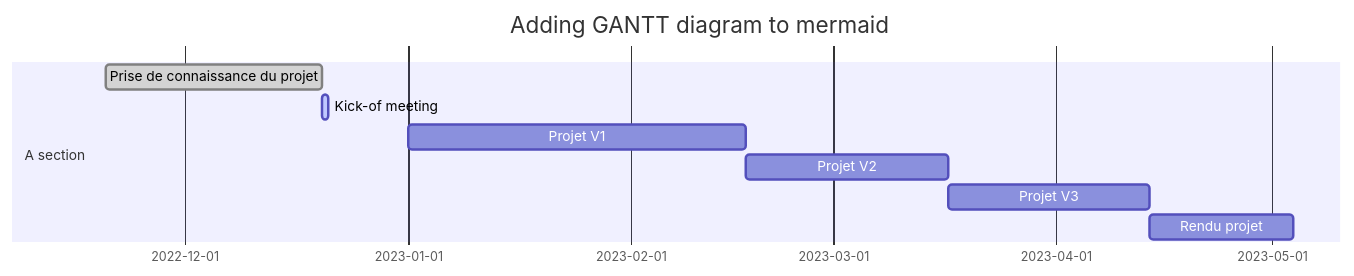
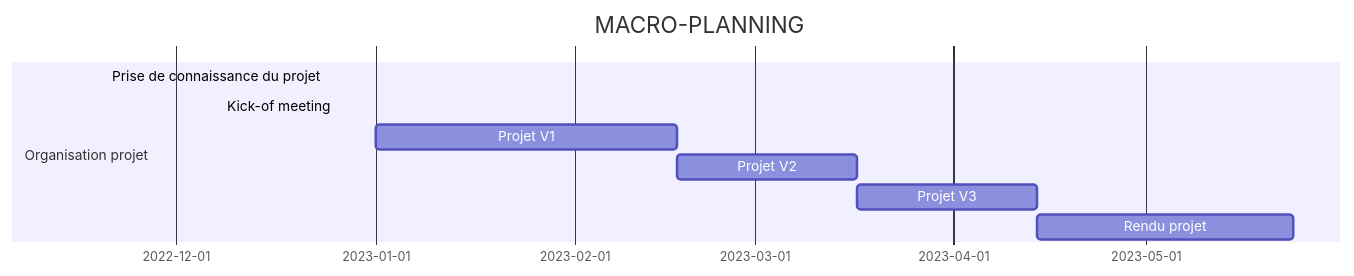
Before and after one commit to morganLantrade/TP_M1: the diagram in readme.md, drawn with Mermaid.

````diff
--- a/readme.md
+++ b/readme.md
@@ -36,13 +36,14 @@
 ```mermaid
 gantt
 dateFormat  YYYY-MM-DD
-title Adding GANTT diagram to mermaid
 
-section A section
-Prise de connaissance du projet            :done,    des1, 2022-11-20,2022-12-20
-Kick-of meeting               :active,  des2, 2022-12-20,2022-12-21
+title MACRO-PLANNING
+
+section Organisation projet
+Prise de connaissance du projet            :done,    des1, 2022-11-20,2022-12-8
+Kick-of meeting               :active,  des2, 2022-12-8,2022-12-9
 Projet V1               	:         des3, 2023-01-01,2023-02-17
 Projet V2                :        des4, 2023-02-17,2023-03-17
 Projet V3                 :        des5, 2023-03-17,2023-04-14
-Rendu projet                :        after des5,20d
+Rendu projet                :        after des5,40d
 ```
````
